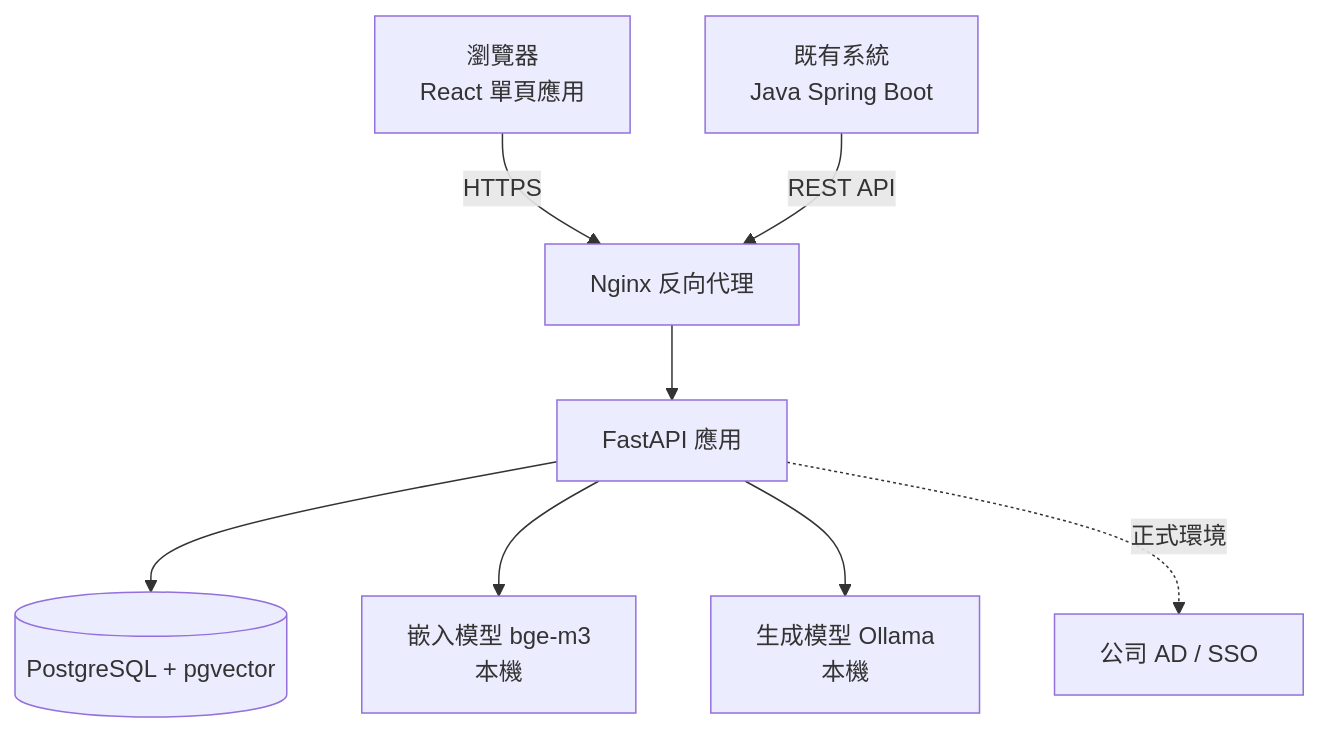
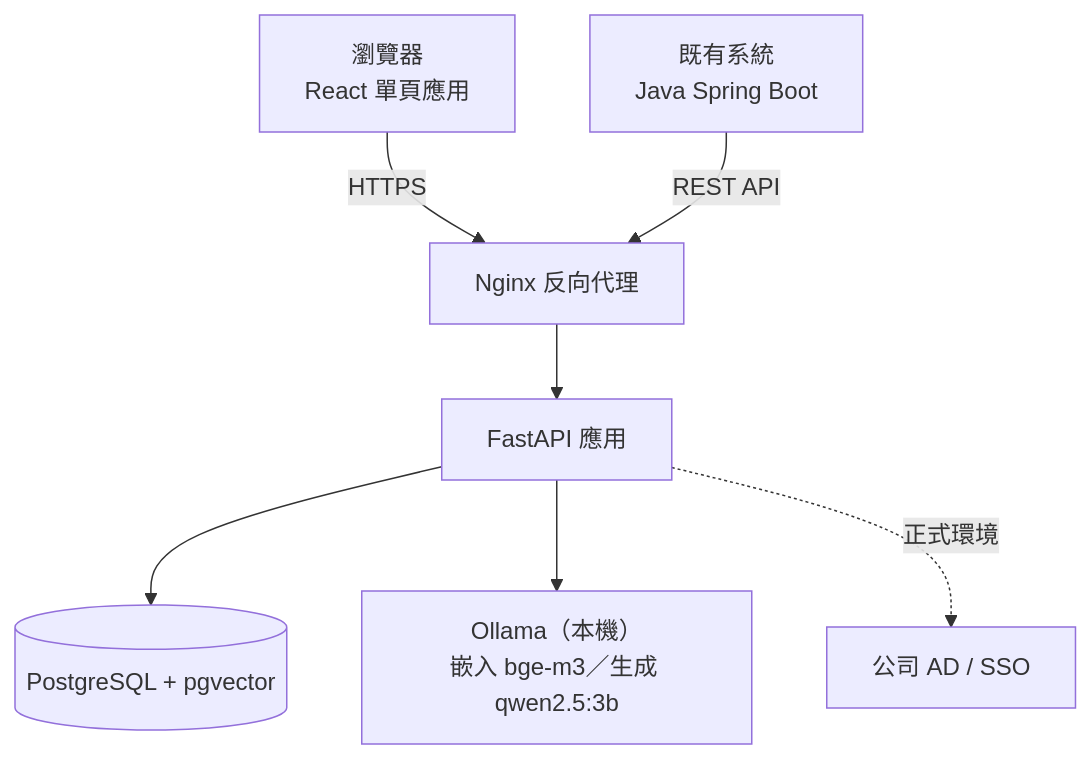
One commit to cbes502034/internal-knowledge-assistant changed the first of 2 diagrams in README.md. Above: the diagram before and after it, drawn with Mermaid. The commit also changed other lines of this file and 80 other files, not shown here.

````diff
--- a/README.md
+++ b/README.md
@@ -28,10 +57,9 @@
 ```mermaid
 flowchart TD
     B[瀏覽器<br/>React 單頁應用] -->|HTTPS| N[Nginx 反向代理]
     E[既有系統<br/>Java Spring Boot] -->|REST API| N
     N --> A[FastAPI 應用]
     A --> D[(PostgreSQL + pgvector)]
-    A --> M1[嵌入模型 bge-m3<br/>本機]
-    A --> M2[生成模型 Ollama<br/>本機]
+    A --> O[Ollama（本機）<br/>嵌入 bge-m3／生成 qwen2.5:3b]
     A -.正式環境.-> S[公司 AD / SSO]
 ```
````
